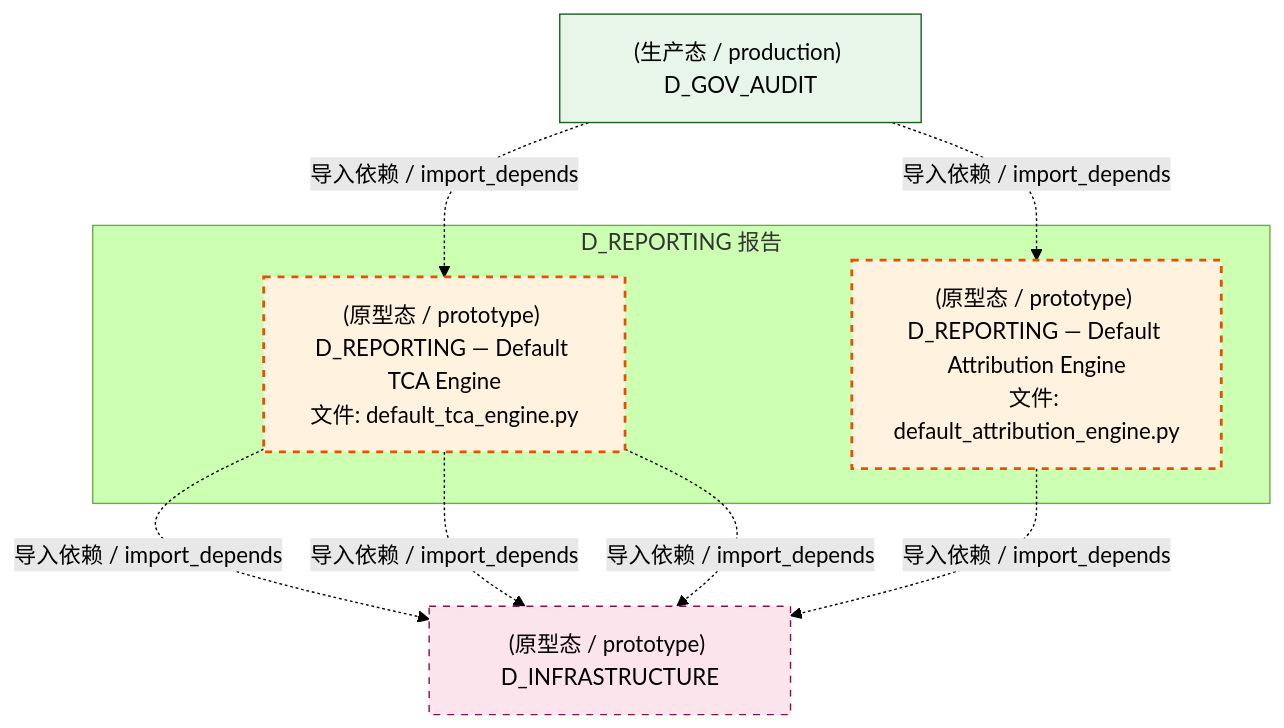
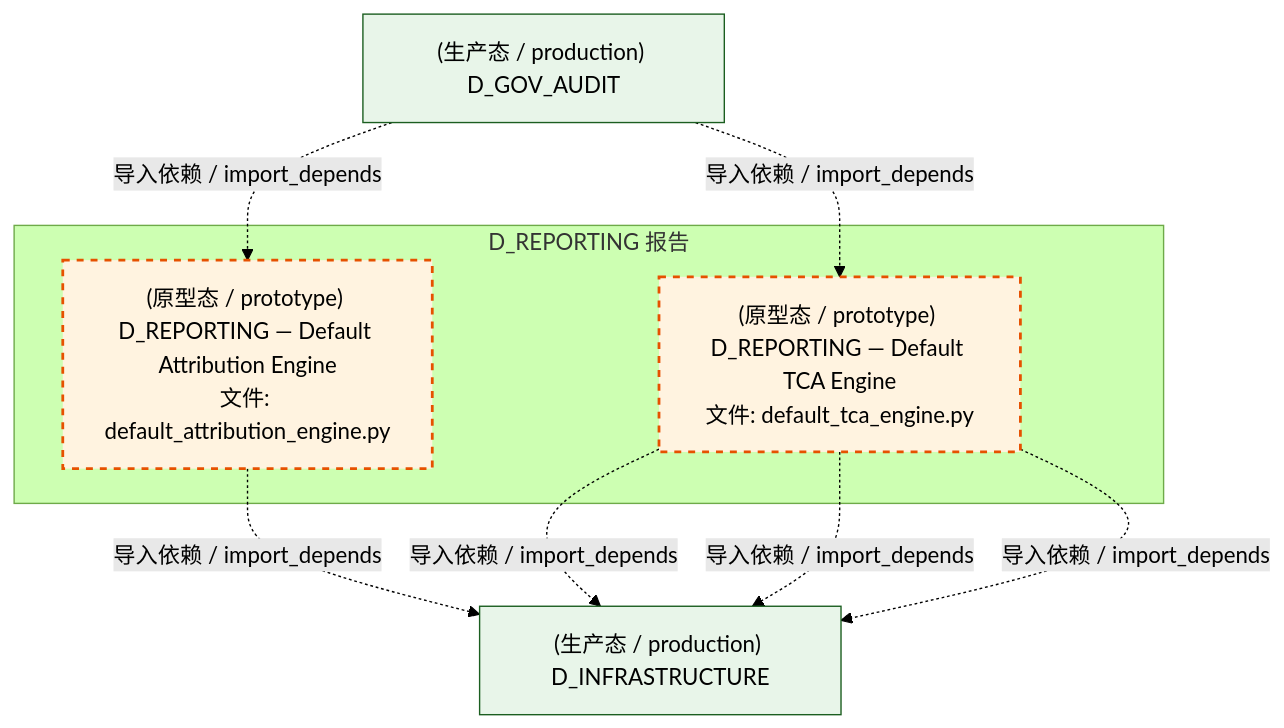
The third of 4 diagrams in docs/02_enterprise_architecture/02_domain_architecture_docs/23_d_reporting.md (xuanFelixVan/ZephyrAlpha), drawn with Mermaid (forest theme) before and after one commit. The commit also changed 101 other files, not shown here.

````diff
--- a/docs/02_enterprise_architecture/02_domain_architecture_docs/23_d_reporting.md
+++ b/docs/02_enterprise_architecture/02_domain_architecture_docs/23_d_reporting.md
@@ -132,22 +132,21 @@
 ```mermaid
 graph TD
     subgraph D_REPORTING["D_REPORTING 报告"]
         src_zephyr_reporting_default_attribution_engine_py["(原型态 / prototype) D_REPORTING — Default Attribution Engine<br/>文件: default_attribution_engine.py"]
         src_zephyr_reporting_default_tca_engine_py["(原型态 / prototype) D_REPORTING — Default TCA Engine<br/>文件: default_tca_engine.py"]
     end
-    D_INFRASTRUCTURE["(原型态 / prototype) D_INFRASTRUCTURE"]
+    D_INFRASTRUCTURE["(生产态 / production) D_INFRASTRUCTURE"]
+    src_zephyr_reporting_default_attribution_engine_py -.->|导入依赖 / import_depends| D_INFRASTRUCTURE
     src_zephyr_reporting_default_tca_engine_py -.->|导入依赖 / import_depends| D_INFRASTRUCTURE
     src_zephyr_reporting_default_tca_engine_py -.->|导入依赖 / import_depends| D_INFRASTRUCTURE
-    src_zephyr_reporting_default_attribution_engine_py -.->|导入依赖 / import_depends| D_INFRASTRUCTURE
     src_zephyr_reporting_default_tca_engine_py -.->|导入依赖 / import_depends| D_INFRASTRUCTURE
     D_GOV_AUDIT["(生产态 / production) D_GOV_AUDIT"]
     D_GOV_AUDIT -.->|导入依赖 / import_depends| src_zephyr_reporting_default_tca_engine_py
     D_GOV_AUDIT -.->|导入依赖 / import_depends| src_zephyr_reporting_default_attribution_engine_py
     classDef production fill:#e1f5fe,stroke:#01579b,stroke-width:2px,color:#000
     classDef design fill:#fff3e0,stroke:#e65100,stroke-width:2px,color:#000,stroke-dasharray: 5 5
     classDef external_prod fill:#e8f5e9,stroke:#1b5e20,stroke-width:1px,color:#000
     classDef external_design fill:#fce4ec,stroke:#880e4f,stroke-width:1px,color:#000,stroke-dasharray: 5 5
     class src_zephyr_reporting_default_attribution_engine_py,src_zephyr_reporting_default_tca_engine_py design
-    class D_GOV_AUDIT external_prod
-    class D_INFRASTRUCTURE external_design
+    class D_INFRASTRUCTURE,D_GOV_AUDIT external_prod
 ```
````
